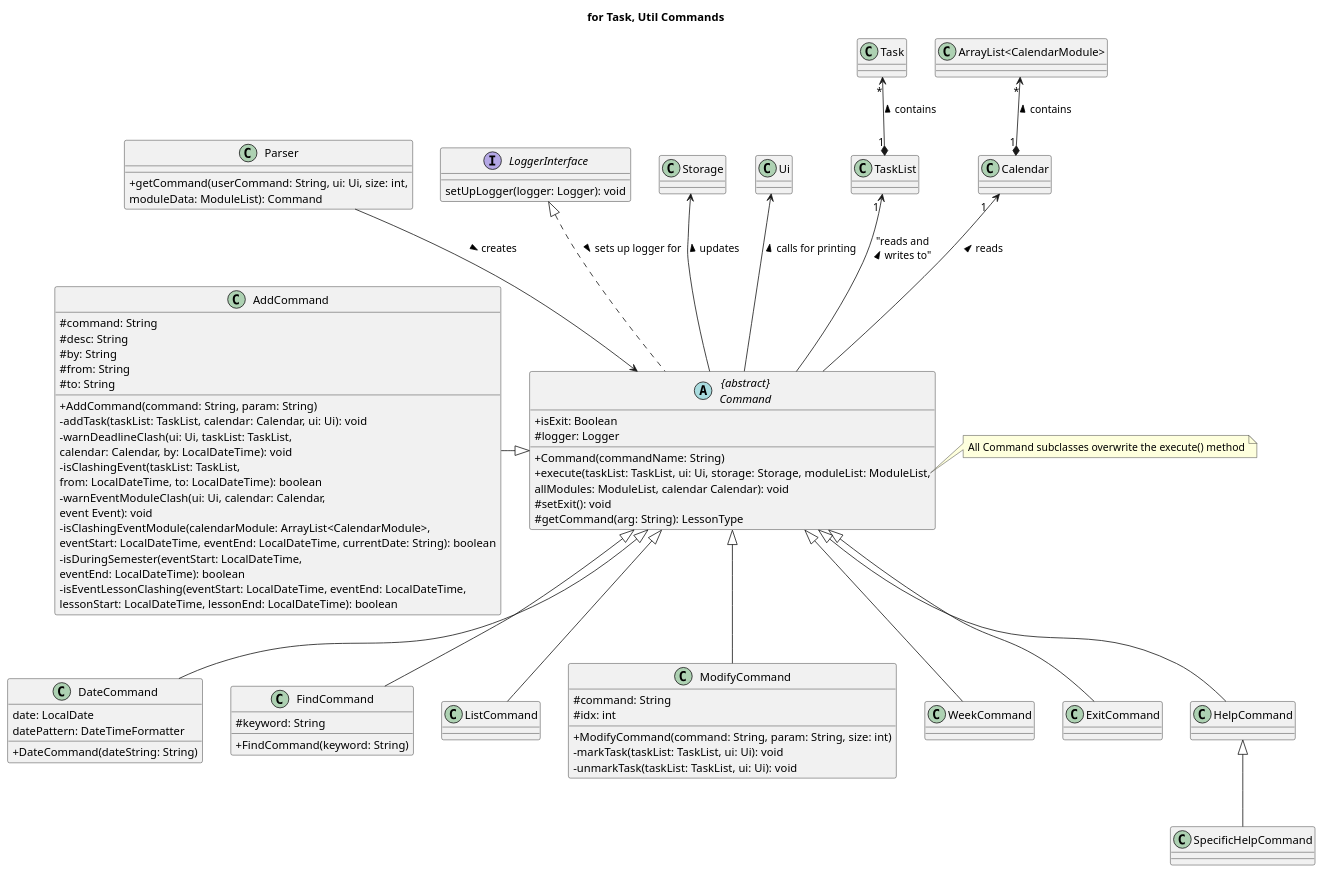
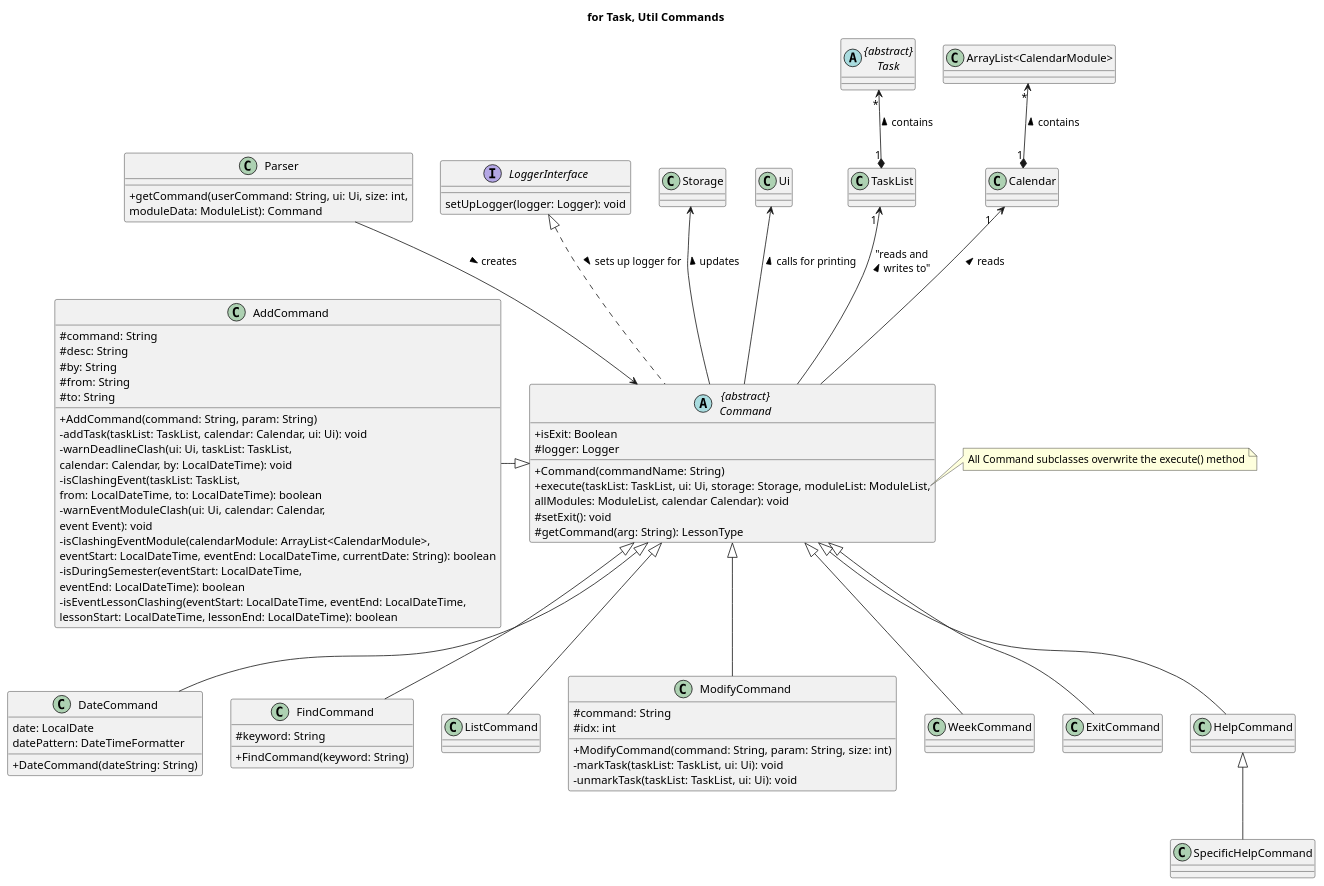
One commit to nus-cs2113-AY2223S2/tp changed the diagram in docs/uml-source/class/Command.puml. Above: the diagram before and after it, drawn with PlantUML. The commit also changed 1 other file, not shown here.

Commit message:
Fix non abstract Task

```diff
--- a/docs/uml-source/class/Command.puml
+++ b/docs/uml-source/class/Command.puml
@@ -1,101 +1,102 @@
 @startuml
 'https://plantuml.com/class-diagram
 skinparam classAttributeIconSize 0
 
 title for Task, Util Commands
 
 class Parser {
 + getCommand(userCommand: String, ui: Ui, size: int,
 moduleData: ModuleList): Command
 }
 Parser --> Command : creates >
 
 abstract class "{abstract}\nCommand" as Command {
 + isExit: Boolean
 # logger: Logger
 + Command(commandName: String)
 + execute(taskList: TaskList, ui: Ui, storage: Storage, moduleList: ModuleList,
 allModules: ModuleList, calendar Calendar): void
 # setExit(): void
 # getCommand(arg: String): LessonType
 }
 
 note right of Command::execute
     All Command subclasses overwrite the execute() method
 end note
 
 interface LoggerInterface {
 setUpLogger(logger: Logger): void
 }
 LoggerInterface <|.. Command : sets up logger for >
 
 class AddCommand {
 # command: String
 # desc: String
 # by: String
 # from: String
 # to: String
 __
 + AddCommand(command: String, param: String)
 - addTask(taskList: TaskList, calendar: Calendar, ui: Ui): void
 - warnDeadlineClash(ui: Ui, taskList: TaskList,
 calendar: Calendar, by: LocalDateTime): void
 - isClashingEvent(taskList: TaskList,
 from: LocalDateTime, to: LocalDateTime): boolean
 - warnEventModuleClash(ui: Ui, calendar: Calendar,
 event Event): void
 - isClashingEventModule(calendarModule: ArrayList<CalendarModule>,
 eventStart: LocalDateTime, eventEnd: LocalDateTime, currentDate: String): boolean
 - isDuringSemester(eventStart: LocalDateTime,
 eventEnd: LocalDateTime): boolean
 - isEventLessonClashing(eventStart: LocalDateTime, eventEnd: LocalDateTime,
 lessonStart: LocalDateTime, lessonEnd: LocalDateTime): boolean
 }
 AddCommand -|> Command
 
 class DateCommand {
 date: LocalDate
 datePattern: DateTimeFormatter
 + DateCommand(dateString: String)
 }
 Command <|-- DateCommand
 
 class FindCommand{
 # keyword: String
 + FindCommand(keyword: String)
 }
 Command <|-- FindCommand
 
 class ListCommand
 Command <|-- ListCommand
 
 class ModifyCommand{
 # command: String
 # idx: int
 +ModifyCommand(command: String, param: String, size: int)
 -markTask(taskList: TaskList, ui: Ui): void
 -unmarkTask(taskList: TaskList, ui: Ui): void
 }
 Command <|-- ModifyCommand
 
 class WeekCommand
 Command <|-- WeekCommand
 
 class ExitCommand
 Command <|-- ExitCommand
 
 class HelpCommand
 Command <|-- HelpCommand
 
 class SpecificHelpCommand
 HelpCommand <|-- SpecificHelpCommand
 
 Storage <-- Command : updates <
 Ui <-- Command : calls for printing <
 TaskList "1 " <-- Command : "reads and\n writes to" <
+abstract class "{abstract}\nTask" as Task
 Task "*" <--* "1" TaskList : contains <
 Calendar "1   " <-- Command : reads <
 "ArrayList<CalendarModule>" "*" <--* "1" Calendar : contains <
 
 
 @enduml
```
